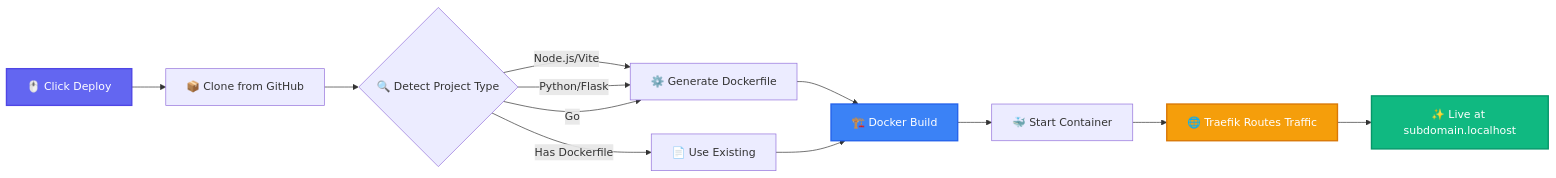
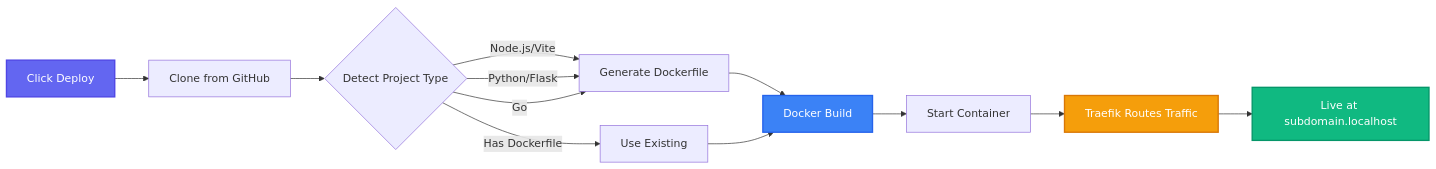
One commit to usr-wwelsh/miniPaaS changed the diagram in README.md. Above: the diagram before and after it, drawn with Mermaid. The commit also changed other lines of this file and 18 other files, not shown here.

````diff
--- a/README.md
+++ b/README.md
@@ -24,19 +24,19 @@
 ```mermaid
 graph LR
-    A[🖱️ Click Deploy] --> B[📦 Clone from GitHub]
-    B --> C{🔍 Detect Project Type}
-    C -->|Node.js/Vite| D1[⚙️ Generate Dockerfile]
+    A[Click Deploy] --> B[Clone from GitHub]
+    B --> C{Detect Project Type}
+    C -->|Node.js/Vite| D1[Generate Dockerfile]
     C -->|Python/Flask| D1
     C -->|Go| D1
-    C -->|Has Dockerfile| D2[📄 Use Existing]
-    D1 --> E[🏗️ Docker Build]
+    C -->|Has Dockerfile| D2[Use Existing]
+    D1 --> E[Docker Build]
     D2 --> E
-    E --> F[🐳 Start Container]
-    F --> G[🌐 Traefik Routes Traffic]
-    G --> H[✨ Live at subdomain.localhost]
+    E --> F[Start Container]
+    F --> G[Traefik Routes Traffic]
+    G --> H[Live at subdomain.localhost]
 
     style A fill:#6366f1,stroke:#4f46e5,stroke-width:2px,color:#fff
     style H fill:#10b981,stroke:#059669,stroke-width:2px,color:#fff
     style G fill:#f59e0b,stroke:#d97706,stroke-width:2px,color:#fff
     style E fill:#3b82f6,stroke:#2563eb,stroke-width:2px,color:#fff
 ```
````
